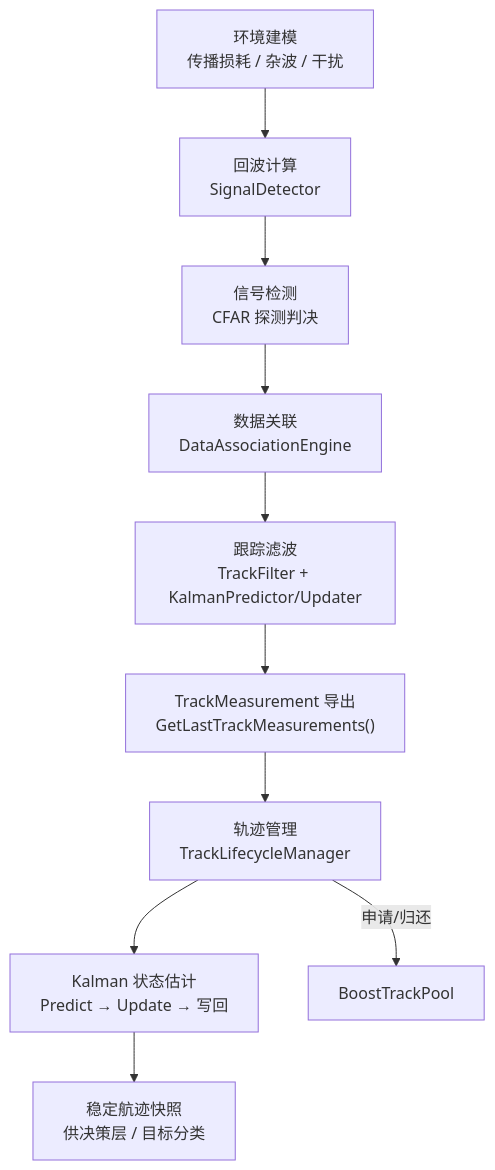
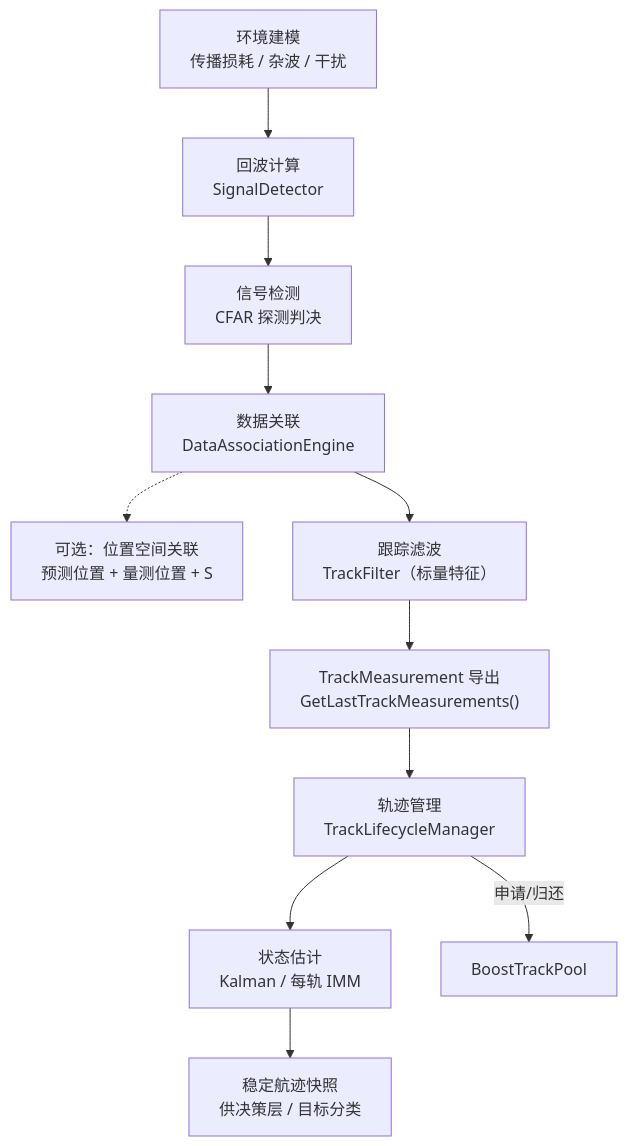
The first of 8 diagrams in doc/architecture/signal/signal-architecture.md (boilwater-3/1q), drawn with Mermaid before and after one commit. The commit also changed other lines of this file and 5 other files, not shown here.

First line of the commit message:
docs(architecture): 更新信号层位置关联与 IMM 集成文档

````diff
--- a/doc/architecture/signal/signal-architecture.md
+++ b/doc/architecture/signal/signal-architecture.md
@@ -66,16 +73,17 @@
 ```mermaid
 flowchart TD
     ENV["环境建模<br/>传播损耗 / 杂波 / 干扰"]
     ECHO["回波计算<br/>SignalDetector"]
     DETECT["信号检测<br/>CFAR 探测判决"]
     ASSOC["数据关联<br/>DataAssociationEngine"]
-    FILTER["跟踪滤波<br/>TrackFilter + KalmanPredictor/Updater"]
+    ASSOC_DETAIL["可选：位置空间关联<br/>预测位置 + 量测位置 + S"]
+    FILTER["跟踪滤波<br/>TrackFilter（标量特征）"]
     MEAS["TrackMeasurement 导出<br/>GetLastTrackMeasurements()"]
     LIFECYCLE["轨迹管理<br/>TrackLifecycleManager"]
-    KALMAN["Kalman 状态估计<br/>Predict → Update → 写回"]
+    KFIMM["状态估计<br/>Kalman / 每轨 IMM"]
     SNAPSHOT["稳定航迹快照<br/>供决策层 / 目标分类"]
 
-    ENV --> ECHO --> DETECT --> ASSOC --> FILTER --> MEAS --> LIFECYCLE
-    LIFECYCLE --> KALMAN --> SNAPSHOT
+    ENV --> ECHO --> DETECT --> ASSOC --> FILTER --> MEAS --> LIFECYCLE --> KFIMM --> SNAPSHOT
+    ASSOC -.-> ASSOC_DETAIL
     LIFECYCLE -->|"申请/归还"| POOL["BoostTrackPool"]
 ```
````
